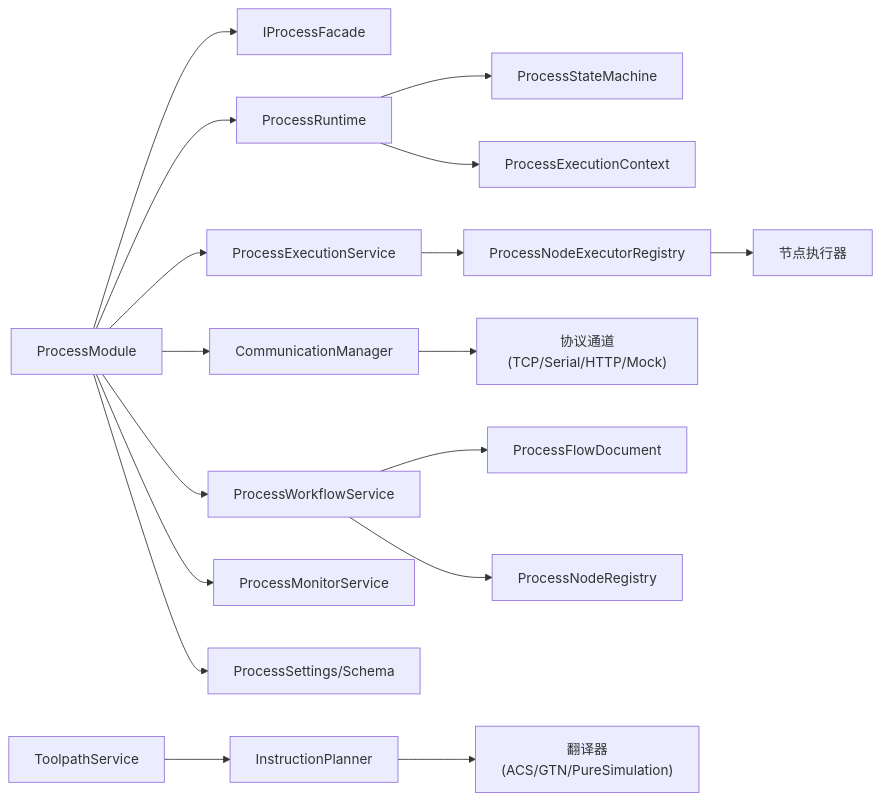
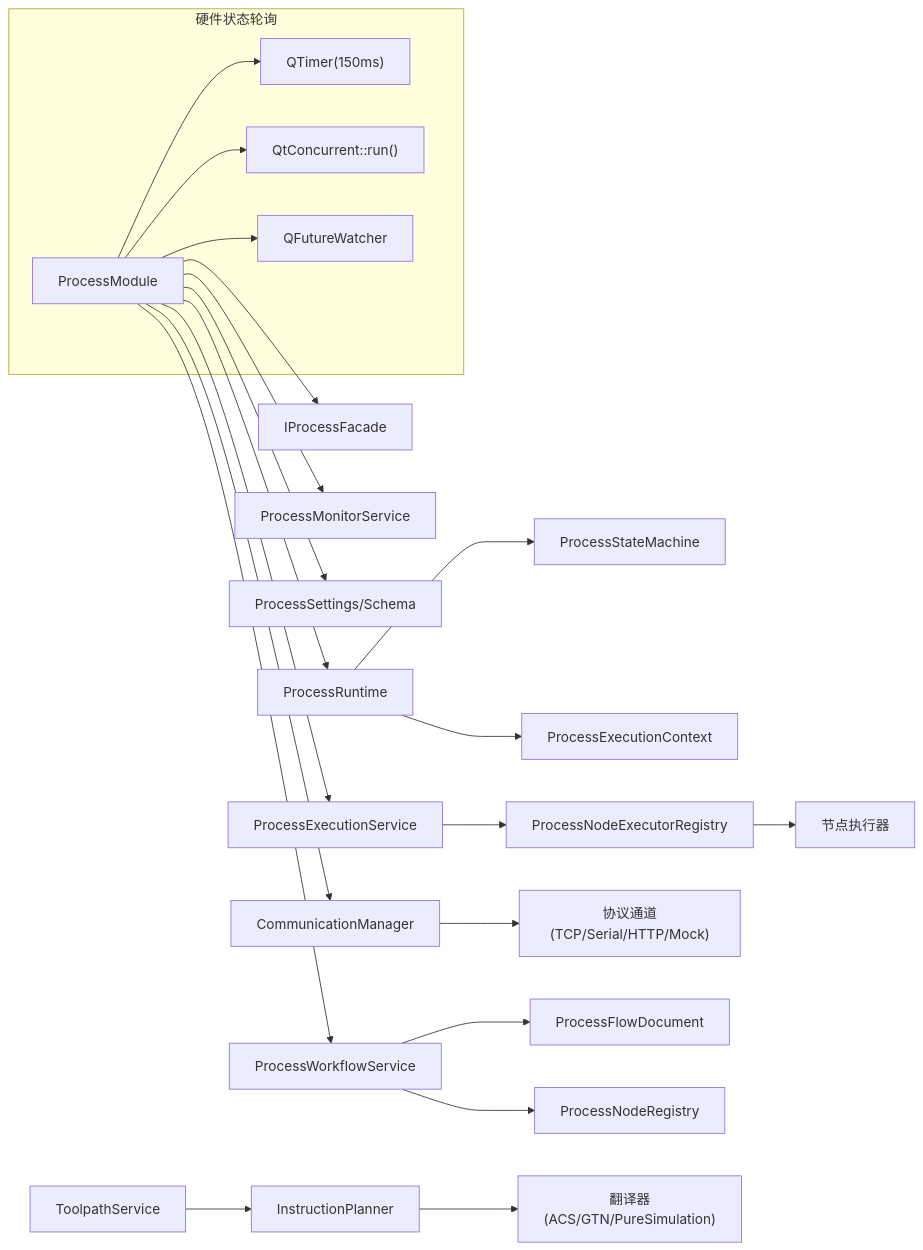
The ninth of 9 diagrams in .qoder/repowiki/zh/content/Process模块.md (super1wang/LaserCNCv1.0), drawn with Mermaid before and after one commit. The commit also changed other lines of this file and 9 other files, not shown here.

````diff
--- a/.qoder/repowiki/zh/content/Process模块.md
+++ b/.qoder/repowiki/zh/content/Process模块.md
@@ -659,19 +661,24 @@
 ```mermaid
 graph LR
 PM["ProcessModule"] --> IF["IProcessFacade"]
 PM --> RT["ProcessRuntime"]
 PM --> WFS["ProcessWorkflowService"]
 PM --> ES["ProcessExecutionService"]
 PM --> CM["CommunicationManager"]
 PM --> MON["ProcessMonitorService"]
 PM --> SET["ProcessSettings/Schema"]
 RT --> SM["ProcessStateMachine"]
 RT --> CTX["ProcessExecutionContext"]
 ES --> NER["ProcessNodeExecutorRegistry"]
 NER --> EXE["节点执行器"]
 CM --> CH["协议通道(TCP/Serial/HTTP/Mock)"]
 WFS --> DOC["ProcessFlowDocument"]
 WFS --> NREG["ProcessNodeRegistry"]
 TPS["ToolpathService"] --> IPL["InstructionPlanner"]
 IPL --> TR["翻译器(ACS/GTN/PureSimulation)"]
+subgraph "硬件状态轮询"
+PM --> TIMER["QTimer(150ms)"]
+PM --> FUTURE["QtConcurrent::run()"]
+PM --> WATCHER["QFutureWatcher"]
+end
 ```
````
